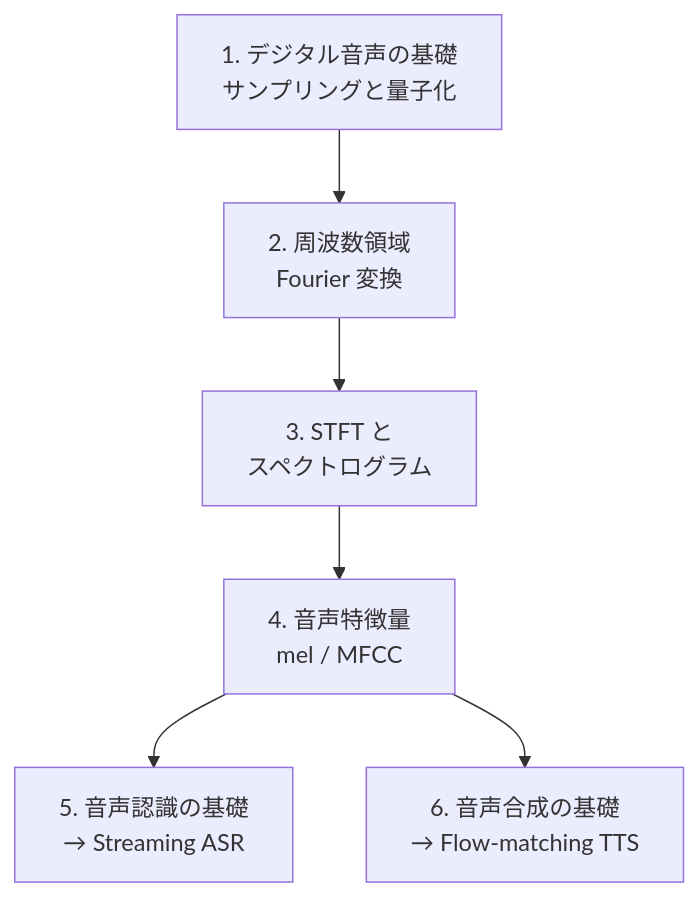
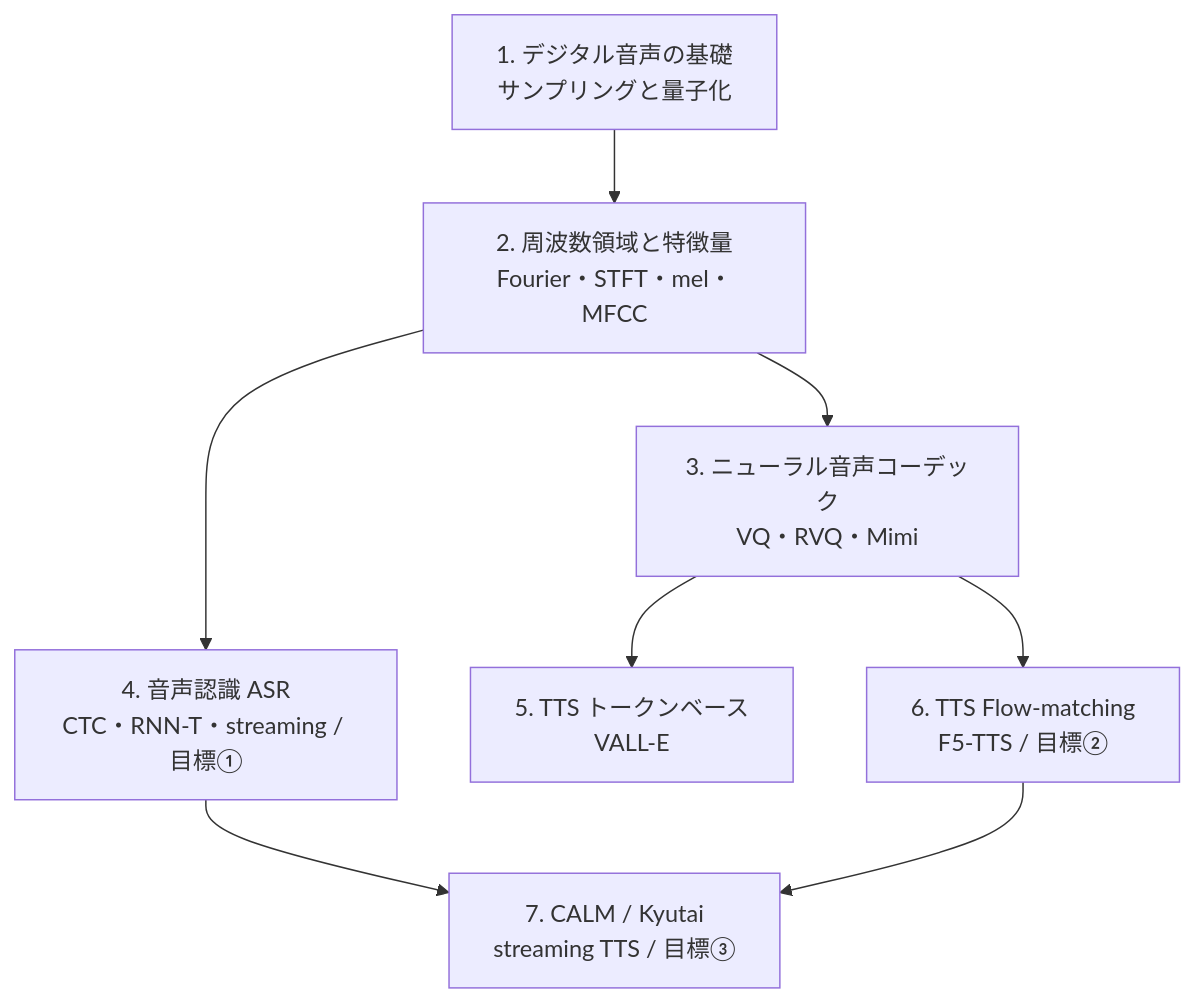
Before and after one commit to ksterx/textbook: the diagram in docs/audio/index.md, drawn with Mermaid. The commit also changed other lines of this file and 6 other files, not shown here.

First line of the commit message:
音声系3稿を移植: 周波数領域・コーデック・ASR の3章を追加

````diff
--- a/docs/audio/index.md
+++ b/docs/audio/index.md
@@ -37,8 +37,10 @@
 ```mermaid
 flowchart TD
-  C1[1. デジタル音声の基礎<br/>サンプリングと量子化] --> C2[2. 周波数領域<br/>Fourier 変換]
-  C2 --> C3[3. STFT と<br/>スペクトログラム]
-  C3 --> C4[4. 音声特徴量<br/>mel / MFCC]
-  C4 --> C5[5. 音声認識の基礎<br/>→ Streaming ASR]
-  C4 --> C6[6. 音声合成の基礎<br/>→ Flow-matching TTS]
+  C1[1. デジタル音声の基礎<br/>サンプリングと量子化] --> C2[2. 周波数領域と特徴量<br/>Fourier・STFT・mel・MFCC]
+  C2 --> C3[3. ニューラル音声コーデック<br/>VQ・RVQ・Mimi]
+  C2 --> C4[4. 音声認識 ASR<br/>CTC・RNN-T・streaming / 目標①]
+  C3 --> C5[5. TTS トークンベース<br/>VALL-E]
+  C3 --> C6[6. TTS Flow-matching<br/>F5-TTS / 目標②]
+  C4 --> C7[7. CALM / Kyutai<br/>streaming TTS / 目標③]
+  C6 --> C7
 ```
````
